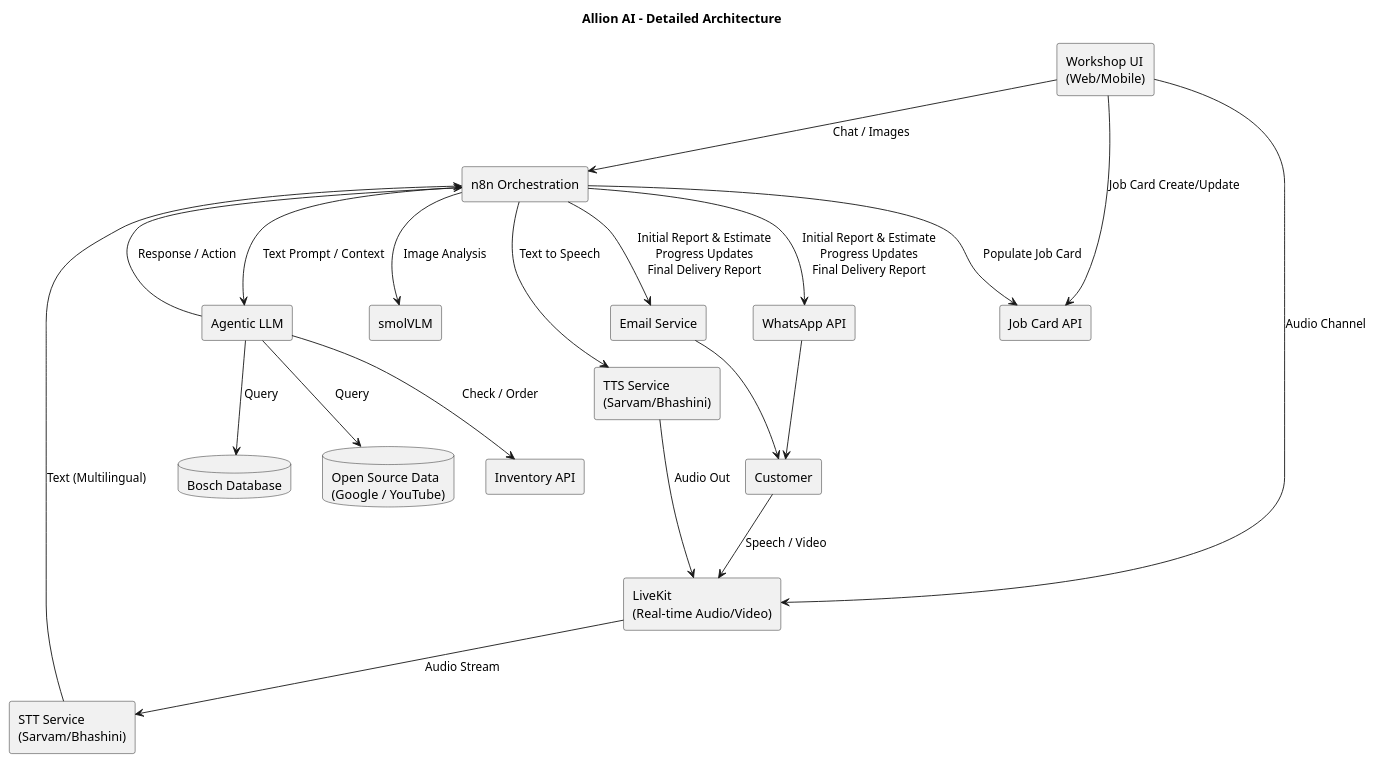
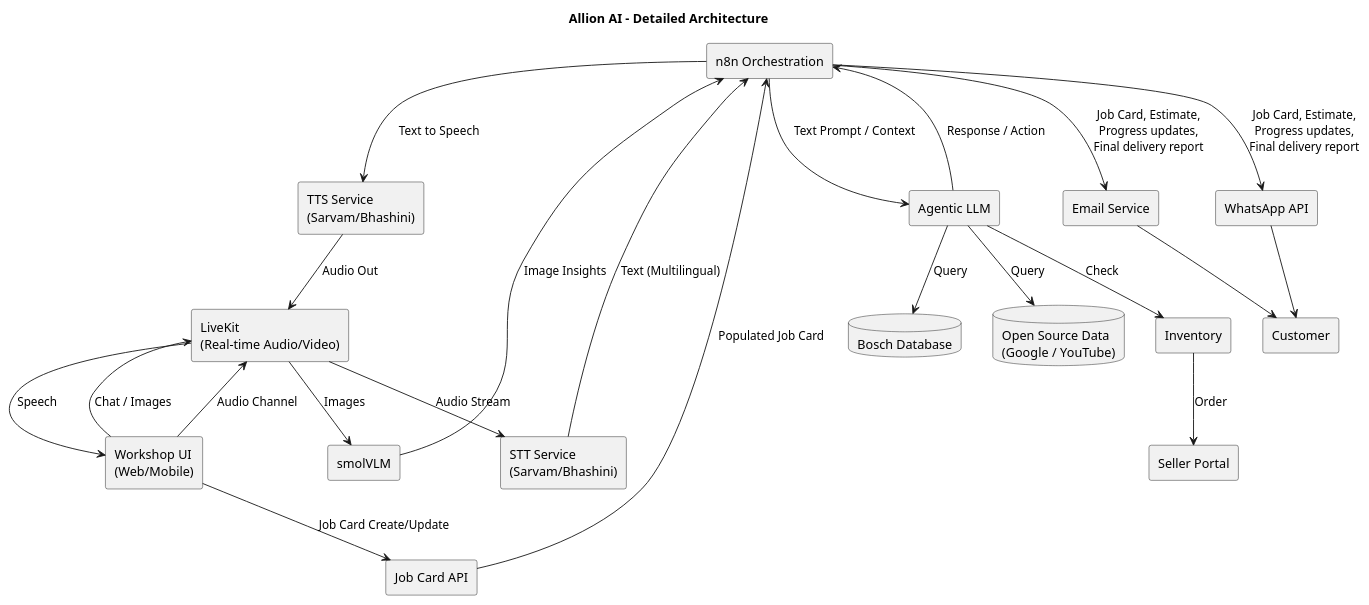
The diagram in docs/uml/architecture.puml (shrey-shan/AllionAI), drawn with PlantUML before and after one commit.

Commit message:
updated post review with sabya

```diff
--- a/docs/uml/architecture.puml
+++ b/docs/uml/architecture.puml
@@ -1,49 +1,50 @@
 @startuml
 title Allion AI - Detailed Architecture
 
 ' Components
 rectangle "n8n Orchestration" as N8N
 rectangle "LiveKit\n(Real-time Audio/Video)" as LiveKit
 rectangle "STT Service\n(Sarvam/Bhashini)" as STT
 rectangle "TTS Service\n(Sarvam/Bhashini)" as TTS
 rectangle "smolVLM" as VLM
 rectangle "Agentic LLM" as LLM
 database "Bosch Database" as BoschDB
 database "Open Source Data\n(Google / YouTube)" as OSData
 rectangle "Workshop UI\n(Web/Mobile)" as UI
 
 ' External systems
 rectangle "Customer" as Customer
 rectangle "Job Card API" as JobCardAPI
-rectangle "Inventory API" as InventoryAPI
+rectangle "Inventory" as Inventory
+rectangle "Seller Portal" as InventoryAPI
 rectangle "WhatsApp API" as WhatsApp
 rectangle "Email Service" as Email
 
 ' Connections
-Customer --> LiveKit : Speech / Video
+LiveKit -->  UI: Speech
 LiveKit --> STT : Audio Stream
 STT --> N8N : Text (Multilingual)
-
-UI --> N8N : Chat / Images
+LiveKit --> VLM : Images
+UI --> LiveKit : Chat / Images
 UI --> LiveKit : Audio Channel
 UI --> JobCardAPI : Job Card Create/Update
 
-N8N --> VLM : Image Analysis
+VLM --> N8N : Image Insights
 N8N --> LLM : Text Prompt / Context
 LLM --> BoschDB : Query
 LLM --> OSData : Query
-LLM --> InventoryAPI : Check / Order
-
+LLM --> Inventory : Check
+Inventory --> InventoryAPI : Order
 LLM --> N8N : Response / Action
 N8N --> TTS : Text to Speech
 TTS --> LiveKit : Audio Out
 
-N8N --> JobCardAPI : Populate Job Card
+JobCardAPI --> N8N : Populated Job Card
 
 ' New communication flows
-N8N --> WhatsApp : Initial Report & Estimate\nProgress Updates\nFinal Delivery Report
-N8N --> Email : Initial Report & Estimate\nProgress Updates\nFinal Delivery Report
+N8N --> WhatsApp : Job Card, Estimate,\nProgress updates,\nFinal delivery report
+N8N --> Email : Job Card, Estimate,\nProgress updates,\nFinal delivery report
 WhatsApp --> Customer
 Email --> Customer
 
 @enduml
```
